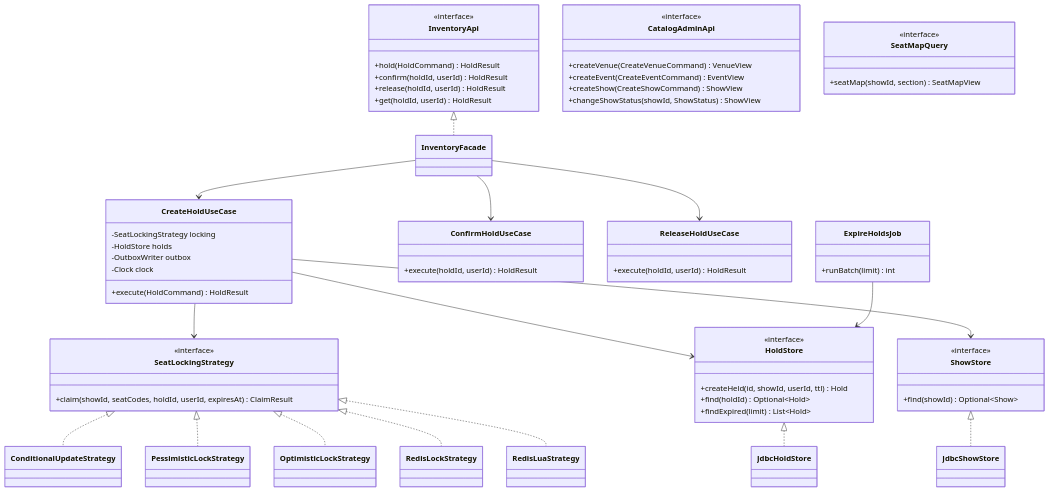
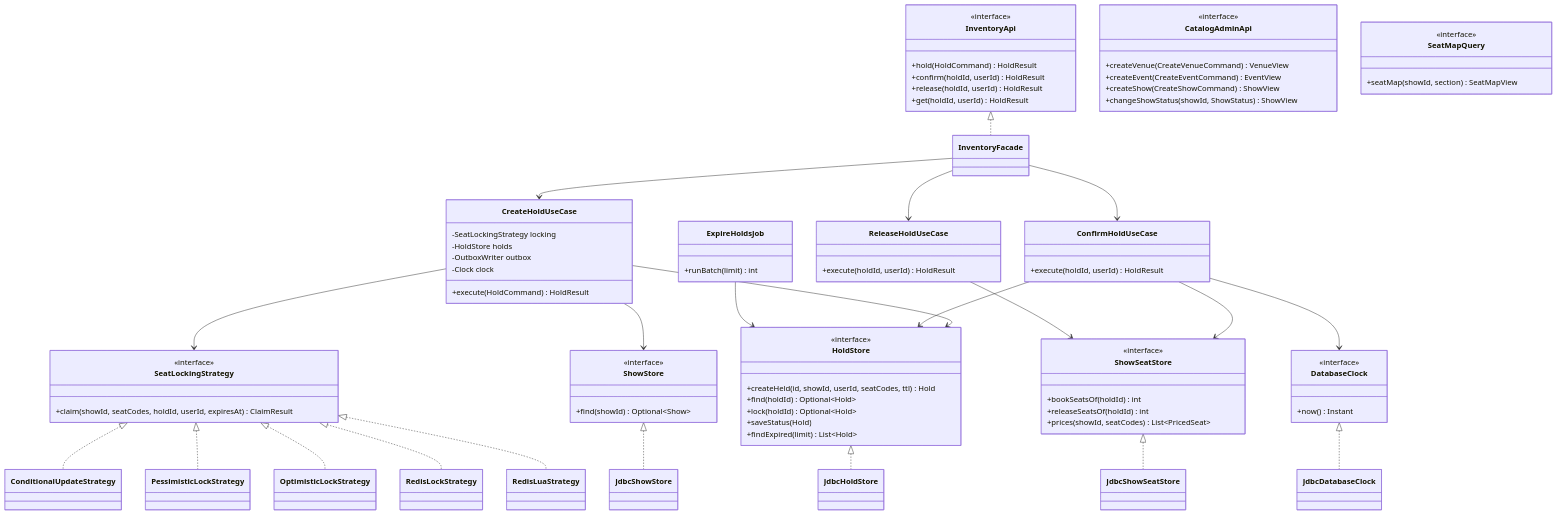
The second of 6 diagrams in docs/lld/class-diagrams.md (Vivek-122005/distributed-ticket-reservation-system), drawn with Mermaid before and after one commit. The commit also changed 30 other files, not shown here.

First line of the commit message:
feat(inventory): confirm, release and get hold with ownership checks

````diff
--- a/docs/lld/class-diagrams.md
+++ b/docs/lld/class-diagrams.md
@@ -155,13 +155,25 @@
     class RedisLuaStrategy
     class HoldStore {
       <<interface>>
-      +createHeld(id, showId, userId, ttl) Hold
+      +createHeld(id, showId, userId, seatCodes, ttl) Hold
       +find(holdId) Optional~Hold~
+      +lock(holdId) Optional~Hold~
+      +saveStatus(Hold)
       +findExpired(limit) List~Hold~
     }
     class ShowStore {
       <<interface>>
       +find(showId) Optional~Show~
+    }
+    class ShowSeatStore {
+      <<interface>>
+      +bookSeatsOf(holdId) int
+      +releaseSeatsOf(holdId) int
+      +prices(showId, seatCodes) List~PricedSeat~
+    }
+    class DatabaseClock {
+      <<interface>>
+      +now() Instant
     }
     InventoryApi <|.. InventoryFacade
     InventoryFacade --> CreateHoldUseCase
@@ -177,5 +189,11 @@
     HoldStore <|.. JdbcHoldStore
     ShowStore <|.. JdbcShowStore
     CreateHoldUseCase --> ShowStore
+    ConfirmHoldUseCase --> HoldStore
+    ConfirmHoldUseCase --> ShowSeatStore
+    ConfirmHoldUseCase --> DatabaseClock
+    ReleaseHoldUseCase --> ShowSeatStore
+    ShowSeatStore <|.. JdbcShowSeatStore
+    DatabaseClock <|.. JdbcDatabaseClock
     ExpireHoldsJob --> HoldStore
 ```
````
